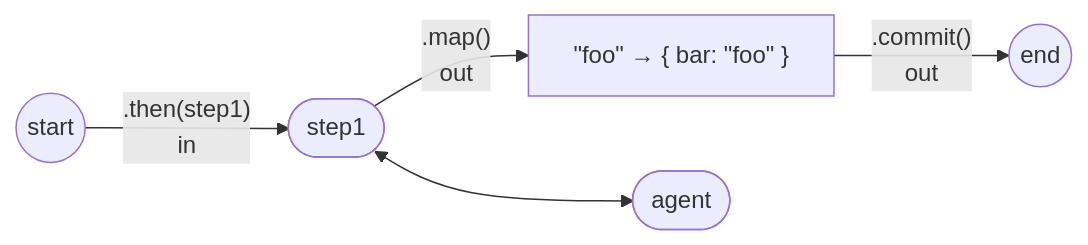
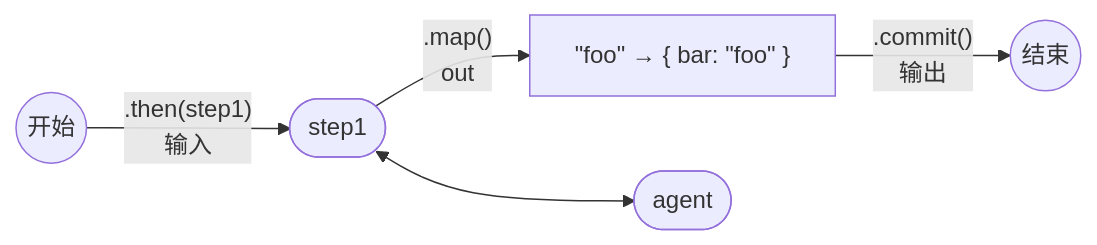
The fourth of 7 diagrams in i18n/zh-CN/docusaurus-plugin-content-docs/current/workflows/control-flow.mdx (youngjunning/mastra.youngjunning.com), drawn with Mermaid before and after one commit. The commit also changed other lines of this file and 3073 other files, not shown here.

````diff
--- a/i18n/zh-CN/docusaurus-plugin-content-docs/current/workflows/control-flow.mdx
+++ b/i18n/zh-CN/docusaurus-plugin-content-docs/current/workflows/control-flow.mdx
@@ -442,11 +442,11 @@
 ```mermaid
 flowchart LR
-  accTitle: Mapping data between workflow steps
-  accDescr: The workflow runs step1, which invokes an agent and outputs foo. The map operation transforms foo into an object with a bar property before the workflow commits and ends.
-  start(( start )) -->|".then(step1)"<br/>in| step1([step1])
+  accTitle: 在 Workflow 步骤之间映射数据
+  accDescr: Workflow 运行调用 Agent 并输出 foo 的 step1。映射操作将 foo 转换为带有 bar 属性的对象，然后 Workflow 提交并结束。
+  start(( 开始 )) -->|".then(step1)"<br/>输入| step1([step1])
   step1 -- ".map()"<br/>out --> mapping["&quot;foo&quot; → { bar: &quot;foo&quot; }"]
-  mapping -->|".commit()<br/>out"| endNode(( end ))
+  mapping -->|".commit()<br/>输出"| endNode(( 结束 ))
   step1 <--> agent([agent])
 
   class endNode accent
 ```
````
